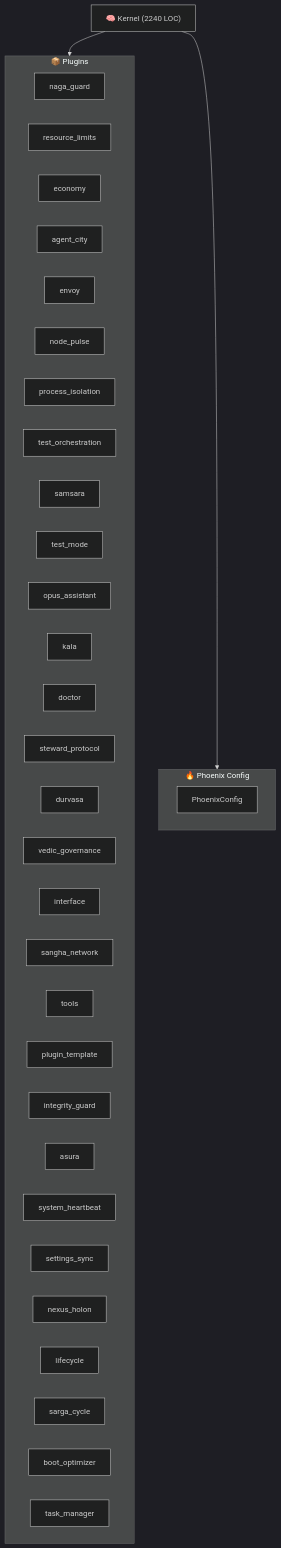
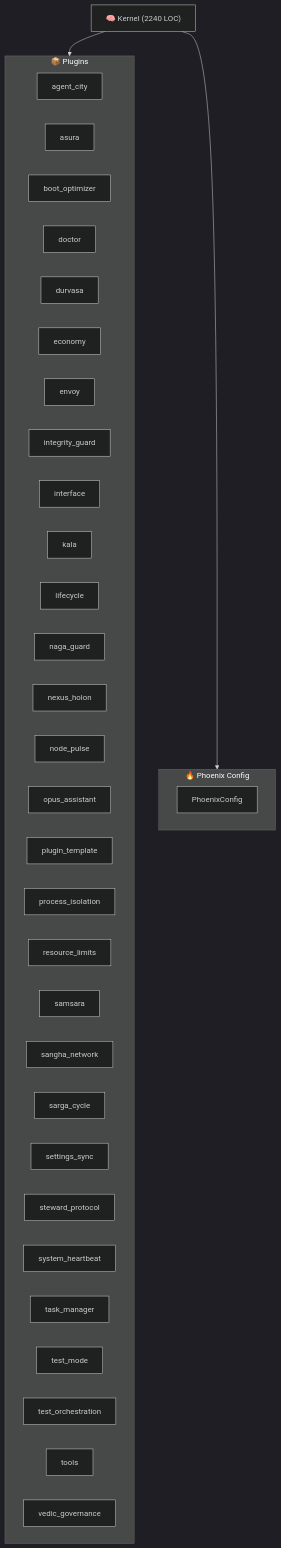
Before and after one commit to kimeisele/steward-protocol: the diagram in ARCHITECTURE.md, drawn with Mermaid (dark theme). The commit also changed other lines of this file and 13 other files, not shown here.

````diff
--- a/ARCHITECTURE.md
+++ b/ARCHITECTURE.md
@@ -8,40 +8,40 @@
 ```mermaid
 graph TB
     K["🧠 Kernel (2240 LOC)"]
     subgraph Plugins["📦 Plugins"]
+        P_agent_city["agent_city"]
+        P_asura["asura"]
+        P_boot_optimizer["boot_optimizer"]
+        P_doctor["doctor"]
+        P_durvasa["durvasa"]
+        P_economy["economy"]
+        P_envoy["envoy"]
+        P_integrity_guard["integrity_guard"]
+        P_interface["interface"]
+        P_kala["kala"]
+        P_lifecycle["lifecycle"]
         P_naga_guard["naga_guard"]
+        P_nexus_holon["nexus_holon"]
+        P_node_pulse["node_pulse"]
+        P_opus_assistant["opus_assistant"]
+        P_plugin_template["plugin_template"]
+        P_process_isolation["process_isolation"]
         P_resource_limits["resource_limits"]
-        P_economy["economy"]
-        P_agent_city["agent_city"]
-        P_envoy["envoy"]
-        P_node_pulse["node_pulse"]
-        P_process_isolation["process_isolation"]
+        P_samsara["samsara"]
+        P_sangha_network["sangha_network"]
+        P_sarga_cycle["sarga_cycle"]
+        P_settings_sync["settings_sync"]
+        P_steward_protocol["steward_protocol"]
+        P_system_heartbeat["system_heartbeat"]
+        P_task_manager["task_manager"]
+        P_test_mode["test_mode"]
         P_test_orchestration["test_orchestration"]
-        P_samsara["samsara"]
-        P_test_mode["test_mode"]
-        P_opus_assistant["opus_assistant"]
-        P_kala["kala"]
-        P_doctor["doctor"]
-        P_steward_protocol["steward_protocol"]
-        P_durvasa["durvasa"]
+        P_tools["tools"]
         P_vedic_governance["vedic_governance"]
-        P_interface["interface"]
-        P_sangha_network["sangha_network"]
-        P_tools["tools"]
-        P_plugin_template["plugin_template"]
-        P_integrity_guard["integrity_guard"]
-        P_asura["asura"]
-        P_system_heartbeat["system_heartbeat"]
-        P_settings_sync["settings_sync"]
-        P_nexus_holon["nexus_holon"]
-        P_lifecycle["lifecycle"]
-        P_sarga_cycle["sarga_cycle"]
-        P_boot_optimizer["boot_optimizer"]
-        P_task_manager["task_manager"]
     end
     K --> Plugins
     subgraph Config["🔥 Phoenix Config"]
         PC[PhoenixConfig]
     end
     K --> Config
 ```
````
